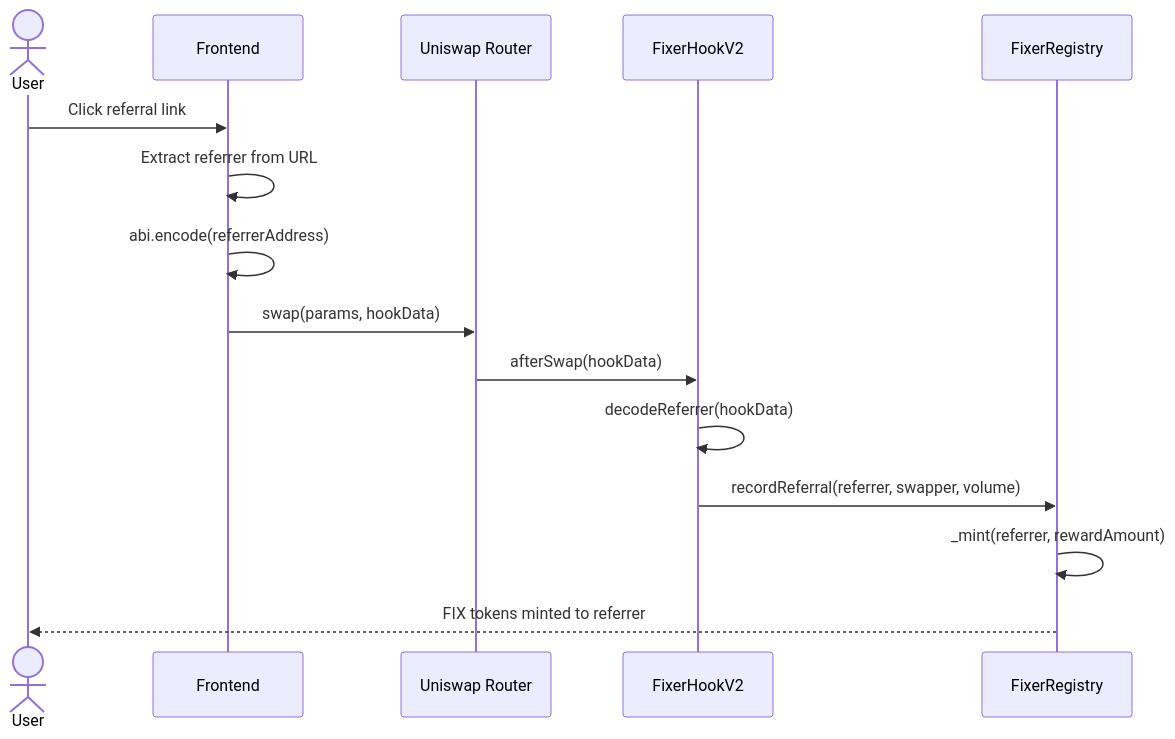
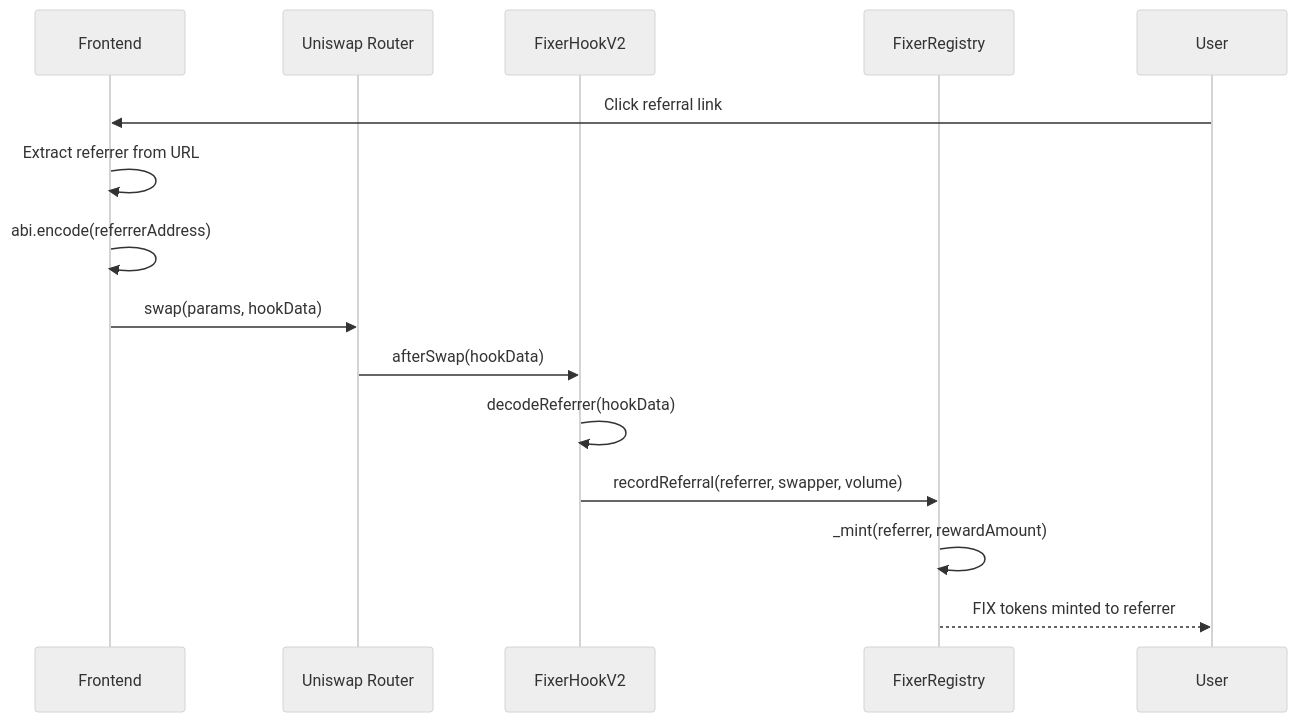
One commit to guglxni/the-fixer-hook changed the diagram in docs/INTEGRATION_GUIDE.md. Above: the diagram before and after it, drawn with Mermaid. The commit also changed 514 other files, not shown here.

Commit message:
Clean docs: remove emojis, add professional mermaid styling

````diff
--- a/docs/INTEGRATION_GUIDE.md
+++ b/docs/INTEGRATION_GUIDE.md
@@ -11,18 +11,17 @@
 ```mermaid
+%%{init: {'theme': 'neutral', 'themeVariables': { 'primaryColor': '#2563eb', 'primaryTextColor': '#1e293b', 'primaryBorderColor': '#3b82f6', 'lineColor': '#64748b', 'secondaryColor': '#f1f5f9', 'tertiaryColor': '#e2e8f0'}}}%%
 sequenceDiagram
-    actor User
     participant Frontend
     participant Router as Uniswap Router
     participant Hook as FixerHookV2
     participant Registry as FixerRegistry
-
     User->>Frontend: Click referral link
     Frontend->>Frontend: Extract referrer from URL
     Frontend->>Frontend: abi.encode(referrerAddress)
     Frontend->>Router: swap(params, hookData)
     Router->>Hook: afterSwap(hookData)
     Hook->>Hook: decodeReferrer(hookData)
     Hook->>Registry: recordReferral(referrer, swapper, volume)
     Registry->>Registry: _mint(referrer, rewardAmount)
     Registry-->>User: FIX tokens minted to referrer
 ```
````
